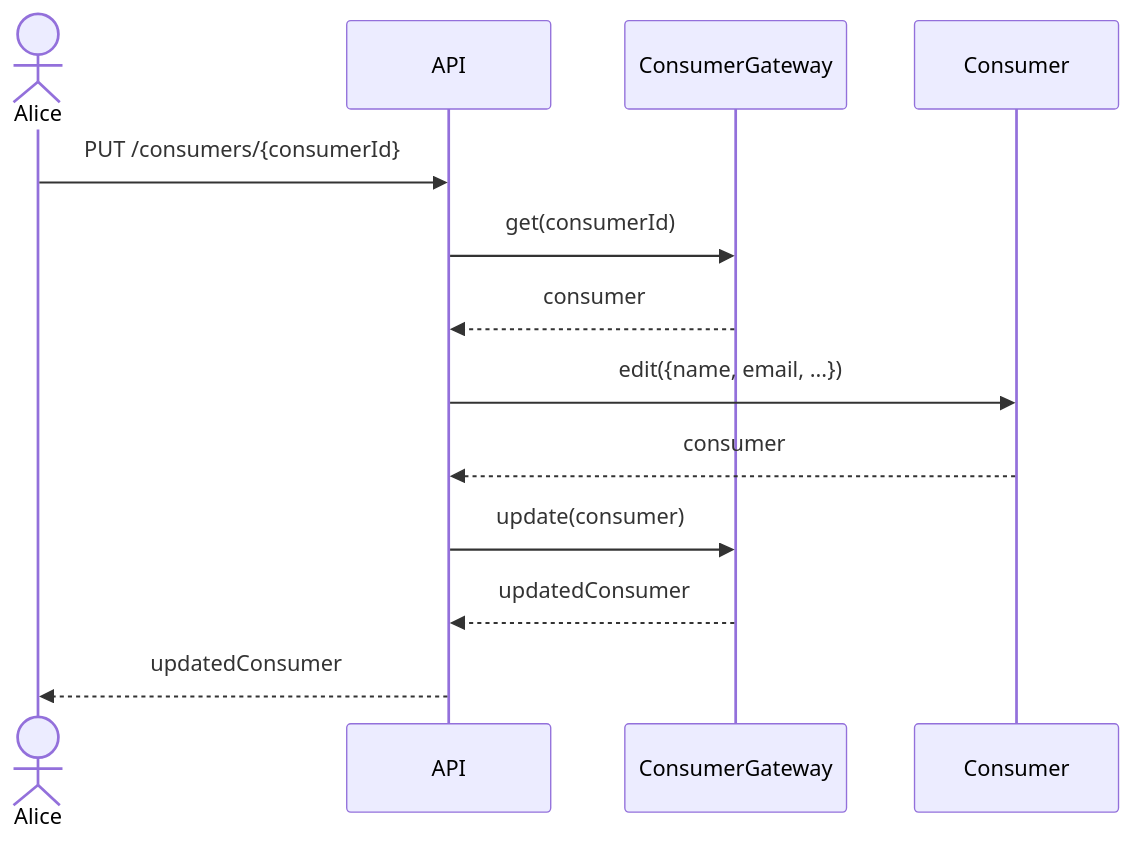
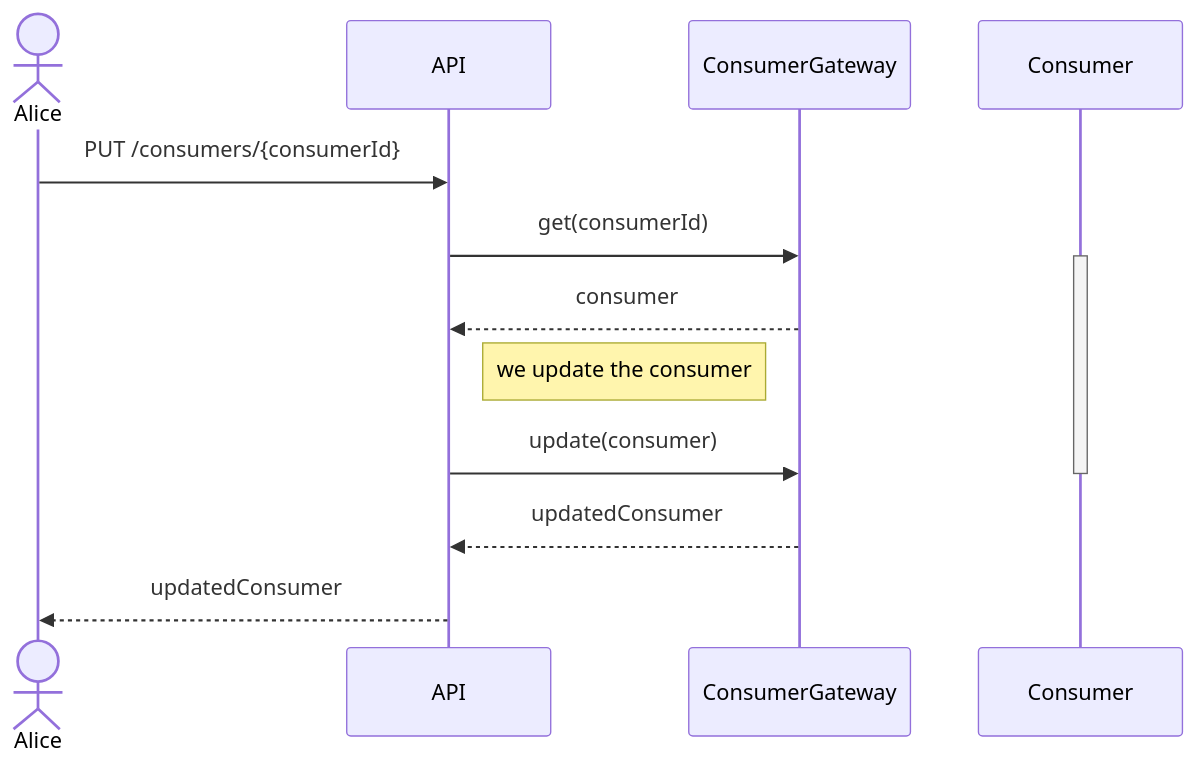
The ninth of 32 diagrams in sequence.md (hivetown/planning), drawn with Mermaid before and after one commit. The commit also changed other lines of this file, not shown here.

````diff
--- a/sequence.md
+++ b/sequence.md
@@ -353,16 +370,17 @@
 ```mermaid
 sequenceDiagram
     actor A as Alice
     participant API
     participant CG as ConsumerGateway
     participant C as Consumer
 
     A ->> API: PUT /consumers/{consumerId}
     API ->> CG: get(consumerId)
+    activate C
     CG -->> API: consumer
-    API ->> C: edit({name, email, ...})
-    C -->> API: consumer
+    Note right of API: we update the consumer
     API ->> CG: update(consumer)
+    deactivate C
     CG -->> API: updatedConsumer
     API -->> A: updatedConsumer
 ```
````
